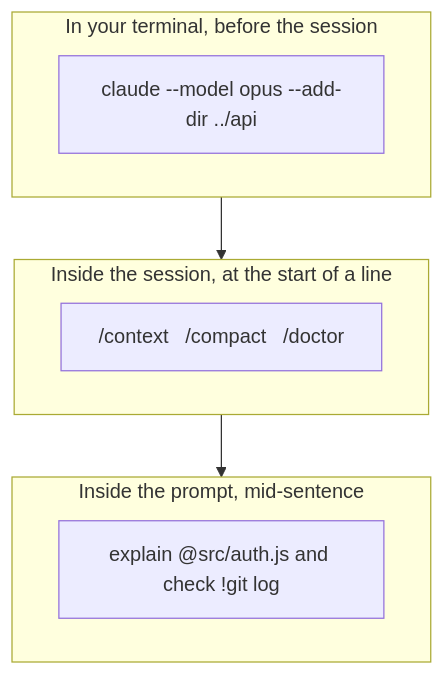
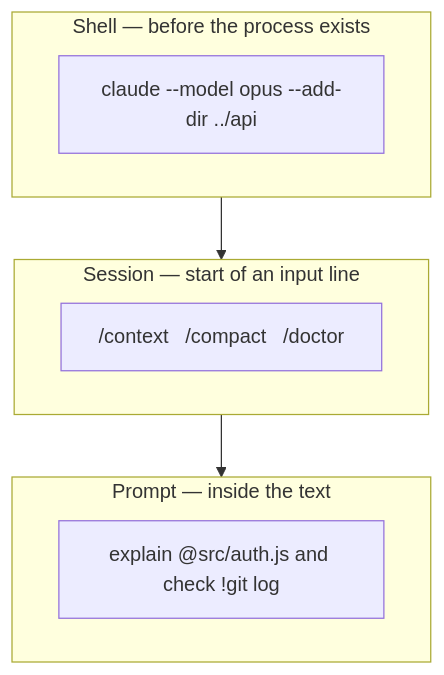
Before and after one commit to devops-monk/ai-blog: the first of 3 diagrams in content/posts/2026/cc-02-three-ways-to-talk.md, drawn with Mermaid. The commit also changed other lines of this file and 3 other files, not shown here.

````diff
--- a/content/posts/2026/cc-02-three-ways-to-talk.md
+++ b/content/posts/2026/cc-02-three-ways-to-talk.md
@@ -18,13 +22,13 @@
 ```mermaid
 flowchart TB
-    subgraph T["In your terminal, before the session"]
+    subgraph T["Shell — before the process exists"]
         A["claude --model opus --add-dir ../api"]
     end
-    subgraph S["Inside the session, at the start of a line"]
+    subgraph S["Session — start of an input line"]
         B["/context&nbsp;&nbsp;&nbsp;/compact&nbsp;&nbsp;&nbsp;/doctor"]
     end
-    subgraph P["Inside the prompt, mid-sentence"]
+    subgraph P["Prompt — inside the text"]
         C["explain @src/auth.js and check !git log"]
     end
     T --> S --> P
 ```
````
